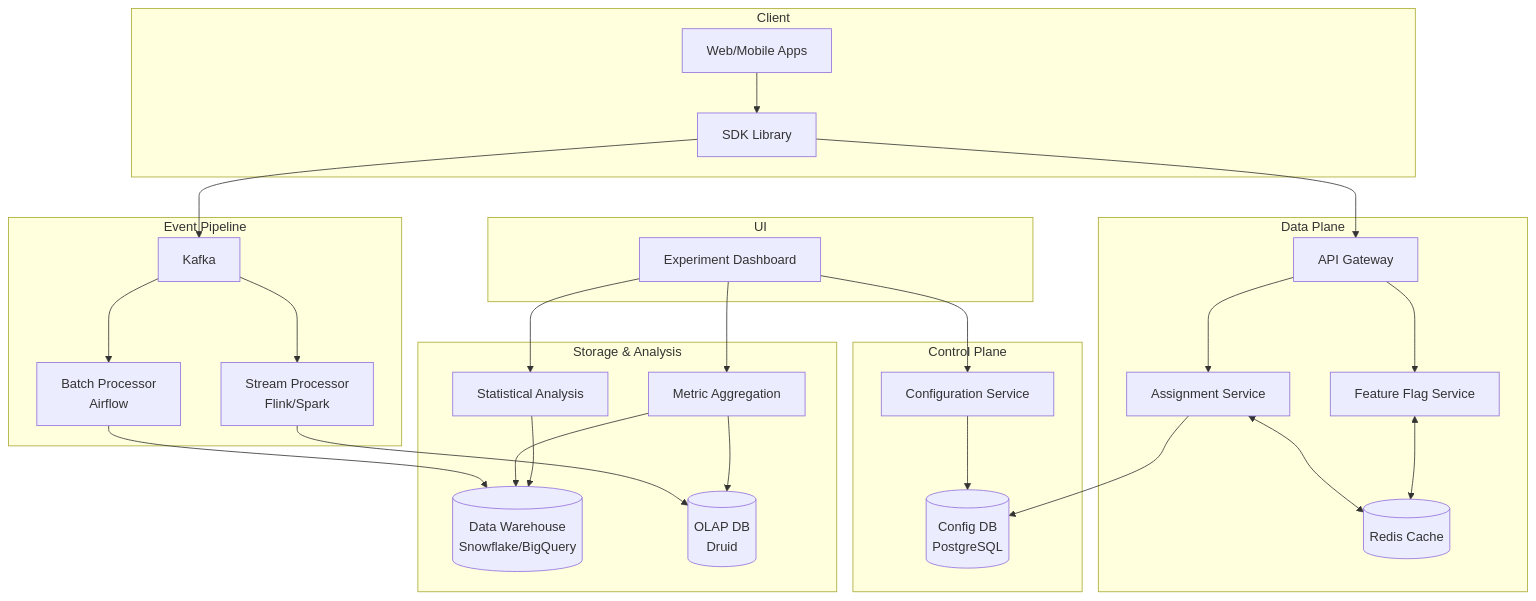
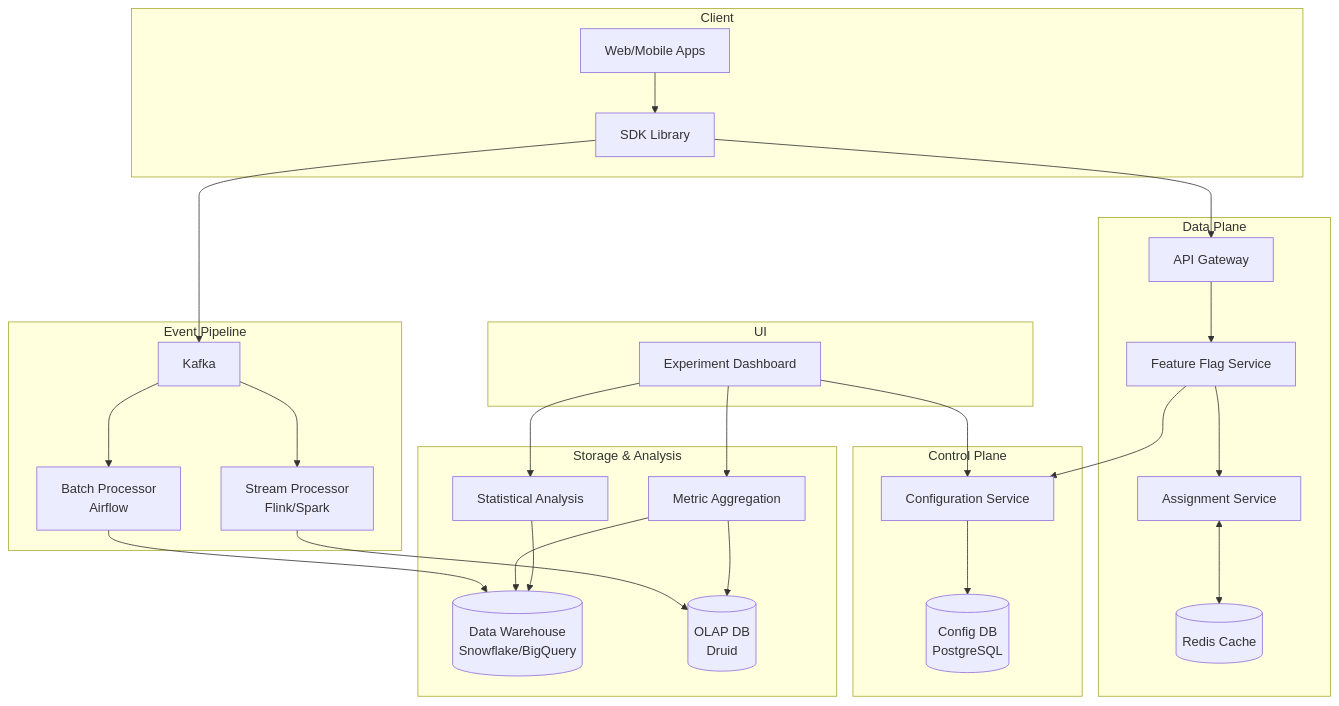
The diagram in system-design/designs/experimentation-framework/experimentation-framework.md (brandon-benge/InterviewPrep), drawn with Mermaid before and after one commit. The commit also changed other lines of this file, not shown here.

````diff
--- a/system-design/designs/experimentation-framework/experimentation-framework.md
+++ b/system-design/designs/experimentation-framework/experimentation-framework.md
@@ -10,56 +10,55 @@
 ```mermaid
 flowchart TB
     subgraph Client
         A[Web/Mobile Apps]
         C[SDK Library]
     end
     
     subgraph Control Plane
         H[Configuration Service]
         G[(Config DB<br/>PostgreSQL)]
     end
     
     subgraph Data Plane
         D[API Gateway]
+        F[Feature Flag Service]
         E[Assignment Service]
-        F[Feature Flag Service]
         I[(Redis Cache)]
     end
     
     subgraph Event Pipeline
         J[Kafka]
         K[Stream Processor<br/>Flink/Spark]
         L[Batch Processor<br/>Airflow]
     end
     
     subgraph Storage & Analysis
         M[(Data Warehouse<br/>Snowflake/BigQuery)]
         N[(OLAP DB<br/>Druid)]
         O[Statistical Analysis]
         P[Metric Aggregation]
     end
     
     subgraph UI
         Q[Experiment Dashboard]
     end
     
     A --> C
     C --> D
-    D --> E
     D --> F
+    F --> H
+    F --> E
     E <--> I
-    F <--> I
     H --> G
-    E --> G
     Q --> H
     C --> J
     J --> K
     J --> L
     K --> N
     L --> M
     P --> M
     P --> N
     O --> M
     Q --> O
     Q --> P
 ```
````
